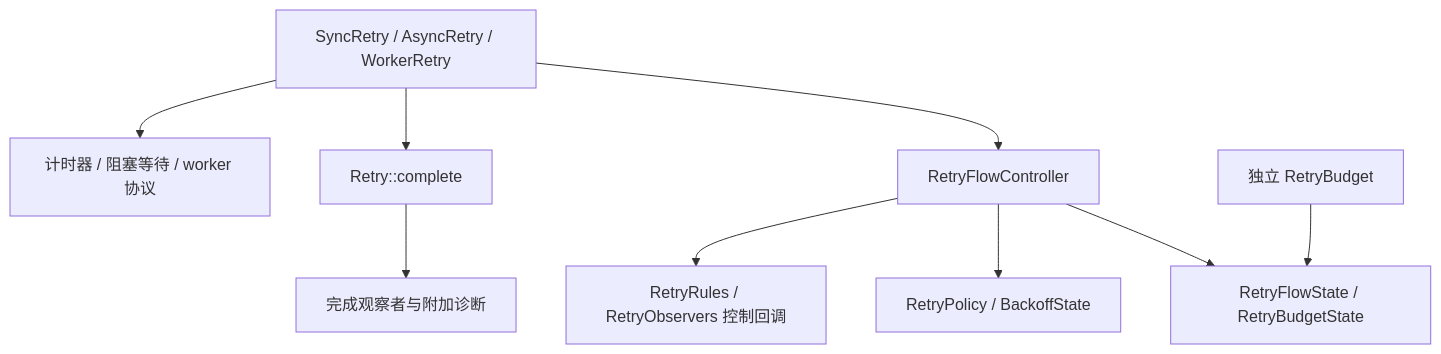
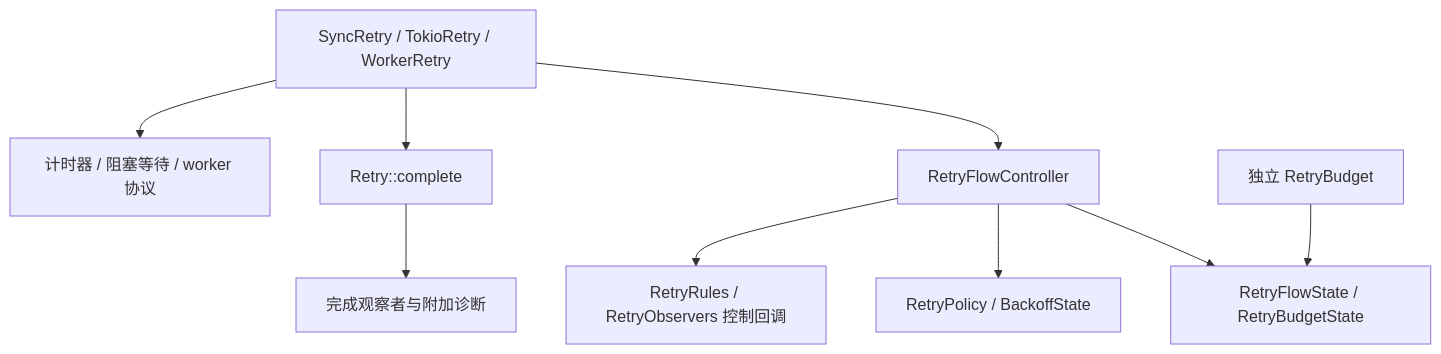
The diagram in doc/design.zh_CN.md (qubit-ltd/rs-retry), drawn with Mermaid before and after one commit. The commit also changed 7 other files, not shown here.

First line of the commit message:
refactor(api): rename AsyncRetry facade to TokioRetry

````diff
--- a/doc/design.zh_CN.md
+++ b/doc/design.zh_CN.md
@@ -12,11 +12,11 @@
 ```mermaid
 flowchart TD
-    F[SyncRetry / AsyncRetry / WorkerRetry] --> C[RetryFlowController]
+    F[SyncRetry / TokioRetry / WorkerRetry] --> C[RetryFlowController]
     C --> S[RetryFlowState / RetryBudgetState]
     C --> P[RetryPolicy / BackoffState]
     C --> O[RetryRules / RetryObservers 控制回调]
     F --> R[Retry::complete]
     R --> D[完成观察者与附加诊断]
     F --> W[计时器 / 阻塞等待 / worker 协议]
     B[独立 RetryBudget] --> S
 ```
````
